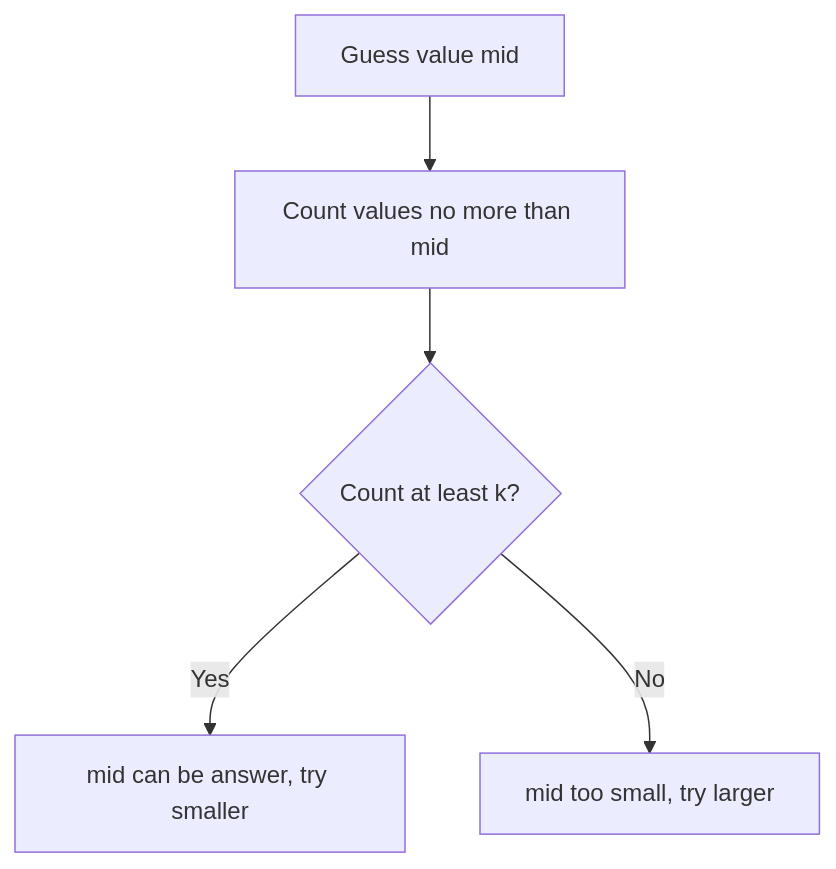
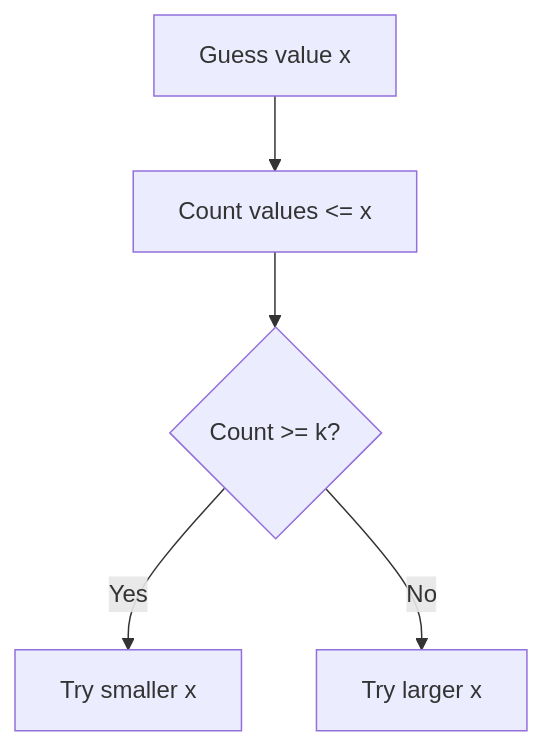
One commit to mthaiseer/springcloud-systemdesign-notes changed diagram 14 of 24 in CP_DSA_NOTES/CONCEPT_FRAMEWORK_FORMS_TATICS/binary_search_playbook.md. Above: the diagram before and after it, drawn with Mermaid. The commit also changed other lines of this file, not shown here.

````diff
--- a/CP_DSA_NOTES/CONCEPT_FRAMEWORK_FORMS_TATICS/binary_search_playbook.md
+++ b/CP_DSA_NOTES/CONCEPT_FRAMEWORK_FORMS_TATICS/binary_search_playbook.md
@@ -407,7 +498,7 @@
 ```mermaid
 flowchart TD
-    A["Guess value mid"] --> B["Count values no more than mid"]
-    B --> C{"Count at least k?"}
-    C -->|"Yes"| D["mid can be answer, try smaller"]
-    C -->|"No"| E["mid too small, try larger"]
+    A["Guess value x"] --> B["Count values <= x"]
+    B --> C{"Count >= k?"}
+    C -->|"Yes"| D["Try smaller x"]
+    C -->|"No"| E["Try larger x"]
 ```
````
